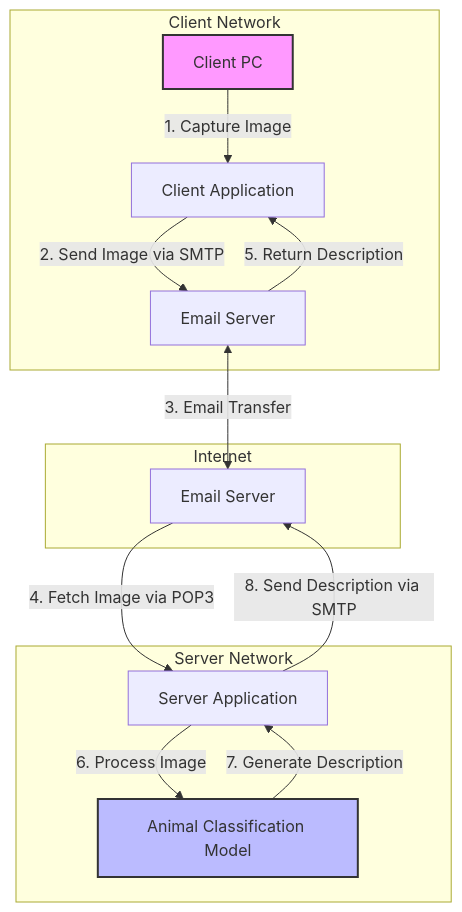
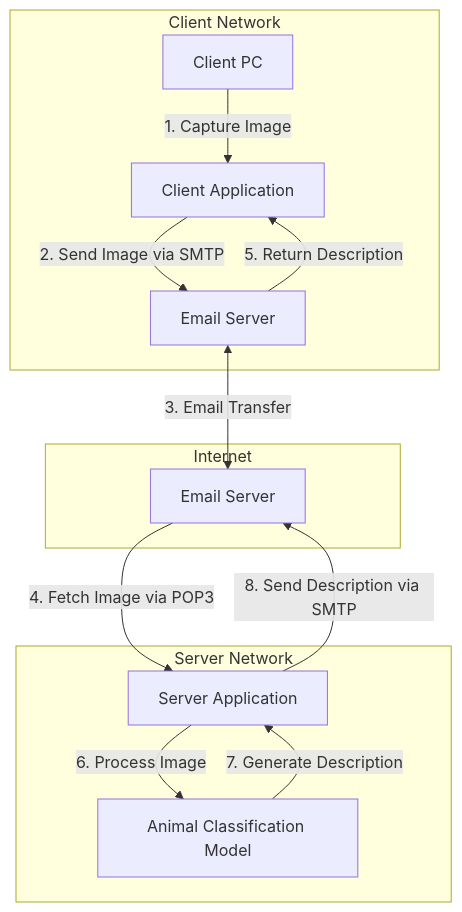
Before and after one commit to onidian56/Image-Description-Generation-Using-Client-Server-Connection-with-Different-Networks: the first of 6 diagrams in README.md, drawn with Mermaid. The commit also changed other lines of this file, not shown here.

````diff
--- a/README.md
+++ b/README.md
@@ -23,22 +23,19 @@
 ```mermaid
 graph TD
     subgraph "Client Network"
         A[Client PC] -->|1. Capture Image| B[Client Application]
         B -->|2. Send Image via SMTP| C[Email Server]
         C -->|5. Return Description| B
     end
     
     subgraph "Internet"
         C <-->|3. Email Transfer| D[Email Server]
     end
     
     subgraph "Server Network"
         D -->|4. Fetch Image via POP3| E[Server Application]
         E -->|6. Process Image| F[Animal Classification Model]
         F -->|7. Generate Description| E
         E -->|8. Send Description via SMTP| D
     end
-    
-    style A fill:#f9f,stroke:#333,stroke-width:2px
-    style F fill:#bbf,stroke:#333,stroke-width:2px
 ```
````
